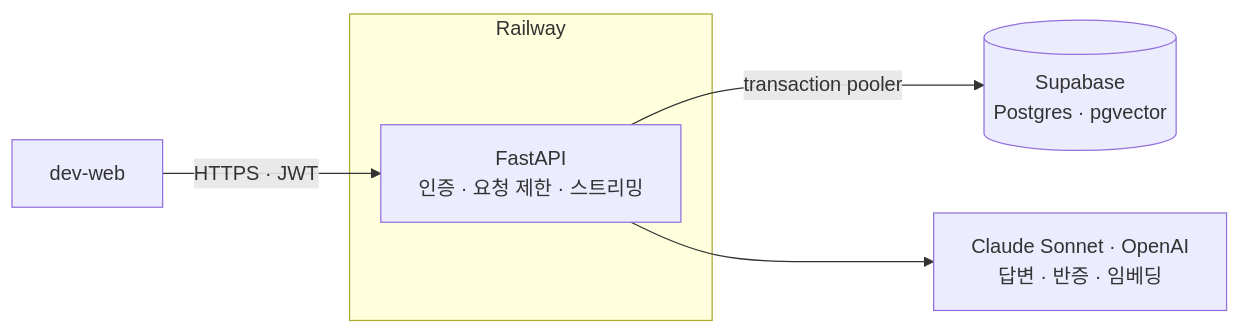
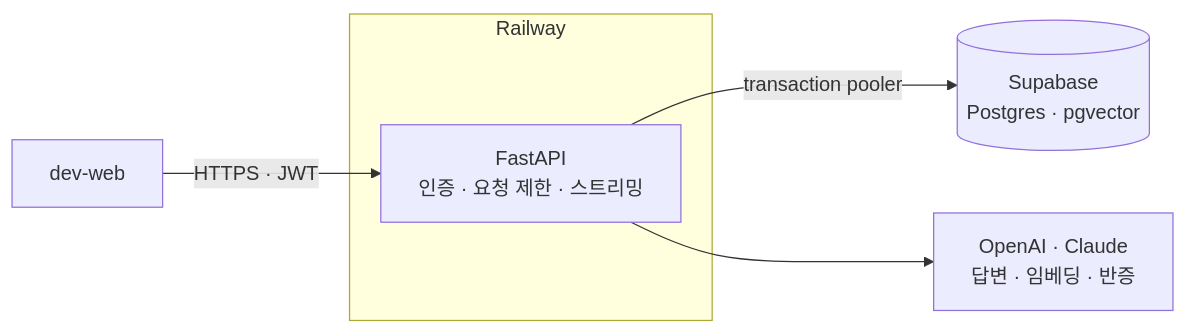
Before and after one commit to TodayWhatDish/dev-data-embed: the first of 2 diagrams in README.md, drawn with Mermaid. The commit also changed other lines of this file and 2 other files, not shown here.

````diff
--- a/README.md
+++ b/README.md
@@ -38,11 +43,11 @@
 ```mermaid
 flowchart LR
     U[dev-web] -->|HTTPS · JWT| API
 
     subgraph Railway
         API[FastAPI<br/>인증 · 요청 제한 · 스트리밍]
     end
 
     API -->|transaction pooler| PG[(Supabase<br/>Postgres · pgvector)]
-    API --> LLM[Claude Sonnet · OpenAI<br/>답변 · 반증 · 임베딩]
+    API --> LLM[OpenAI · Claude<br/>답변 · 임베딩 · 반증]
 ```
````
